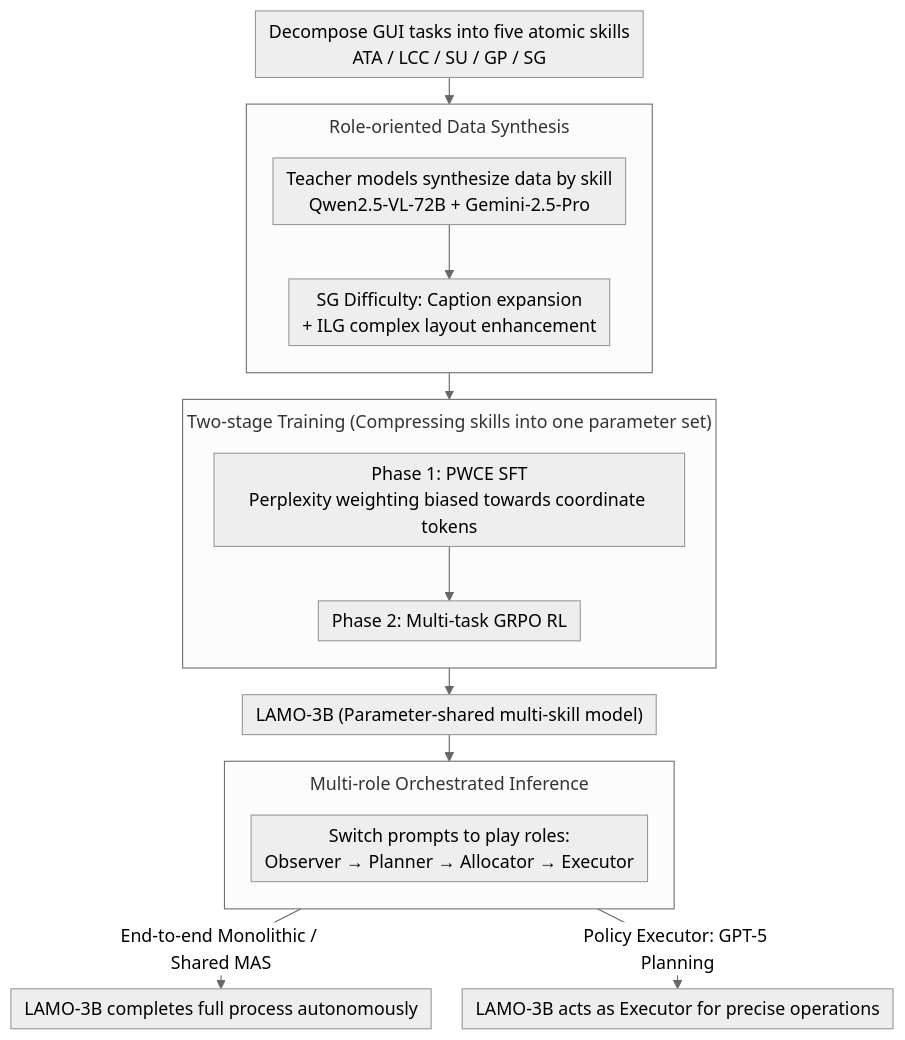
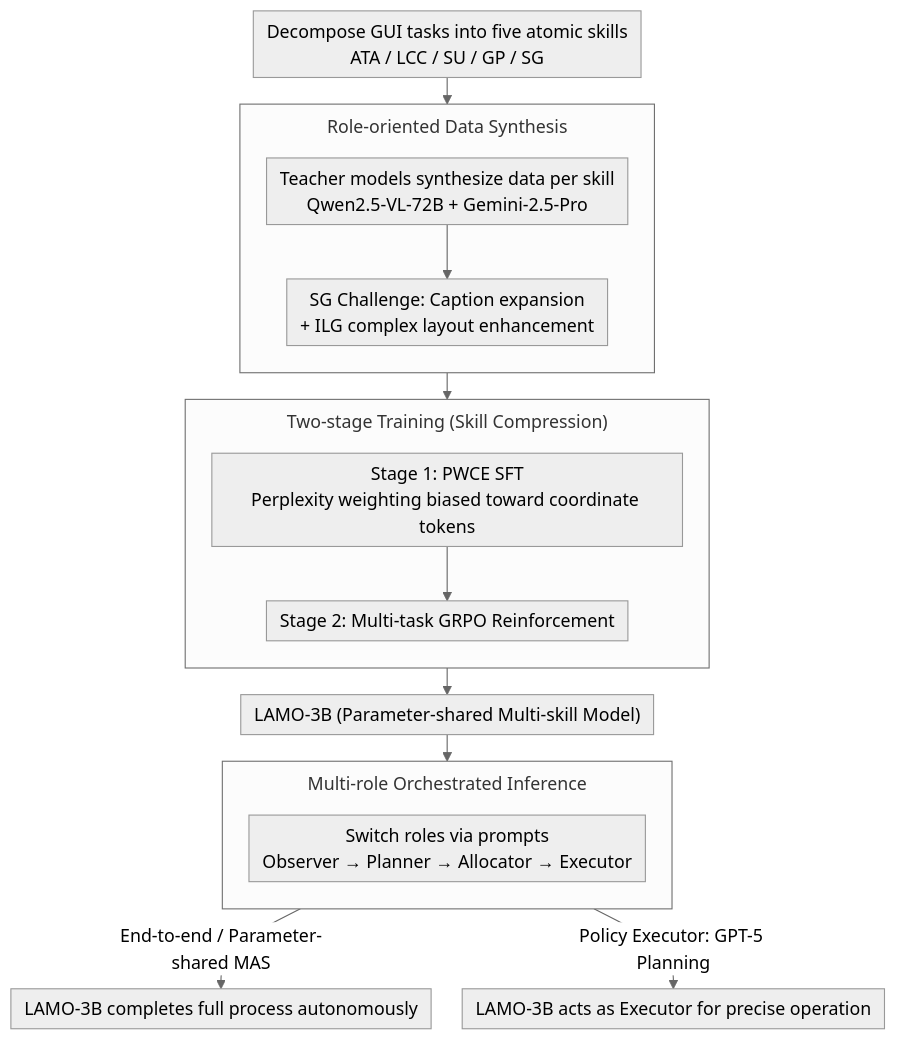
The diagram in docs/ACL2026/llm_agent/towards_scalable_lightweight_gui_agents_via_multi-role_orchestration.md (zhaoyang97/Paper-Notes-en), drawn with Mermaid (neutral theme) before and after one commit. The commit also changed other lines of this file and 5084 other files, not shown here.

````diff
--- a/docs/ACL2026/llm_agent/towards_scalable_lightweight_gui_agents_via_multi-role_orchestration.md
+++ b/docs/ACL2026/llm_agent/towards_scalable_lightweight_gui_agents_via_multi-role_orchestration.md
@@ -46,27 +46,27 @@
 ```mermaid
 %%{init: {'flowchart': {'rankSpacing': 24, 'nodeSpacing': 28, 'padding': 6, 'wrappingWidth': 400, 'subGraphTitleMargin': {'top': 8, 'bottom': 16}}}}%%
 flowchart TD
     A["Decompose GUI tasks into five atomic skills<br/>ATA / LCC / SU / GP / SG"]
     subgraph DS["Role-oriented Data Synthesis"]
         direction TB
-        B["Teacher models synthesize data by skill<br/>Qwen2.5-VL-72B + Gemini-2.5-Pro"]
-        C["SG Difficulty: Caption expansion<br/>+ ILG complex layout enhancement"]
+        B["Teacher models synthesize data per skill<br/>Qwen2.5-VL-72B + Gemini-2.5-Pro"]
+        C["SG Challenge: Caption expansion<br/>+ ILG complex layout enhancement"]
         B --> C
     end
     A --> DS
-    subgraph TR["Two-stage Training (Compressing skills into one parameter set)"]
+    subgraph TR["Two-stage Training (Skill Compression)"]
         direction TB
-        D["Phase 1: PWCE SFT<br/>Perplexity weighting biased towards coordinate tokens"]
-        E["Phase 2: Multi-task GRPO RL"]
+        D["Stage 1: PWCE SFT<br/>Perplexity weighting biased toward coordinate tokens"]
+        E["Stage 2: Multi-task GRPO Reinforcement"]
         D --> E
     end
     DS --> TR
-    TR --> F["LAMO-3B (Parameter-shared multi-skill model)"]
+    TR --> F["LAMO-3B (Parameter-shared Multi-skill Model)"]
     subgraph MR["Multi-role Orchestrated Inference"]
         direction TB
-        G["Switch prompts to play roles:<br/>Observer → Planner → Allocator → Executor"]
+        G["Switch roles via prompts<br/>Observer → Planner → Allocator → Executor"]
     end
     F --> MR
-    MR -->|End-to-end Monolithic / Shared MAS| H["LAMO-3B completes full process autonomously"]
-    MR -->|Policy Executor: GPT-5 Planning| I["LAMO-3B acts as Executor for precise operations"]
+    MR -->|End-to-end / Parameter-shared MAS| H["LAMO-3B completes full process autonomously"]
+    MR -->|Policy Executor: GPT-5 Planning| I["LAMO-3B acts as Executor for precise operation"]
 ```
````
